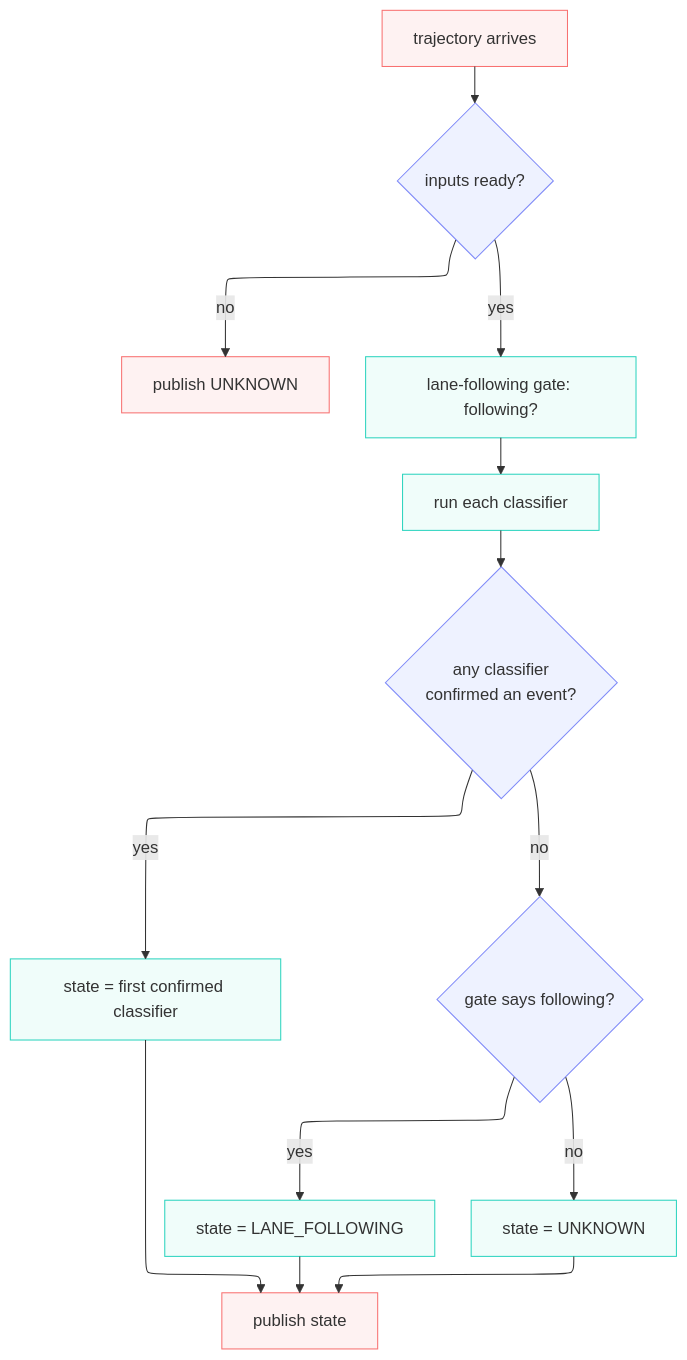
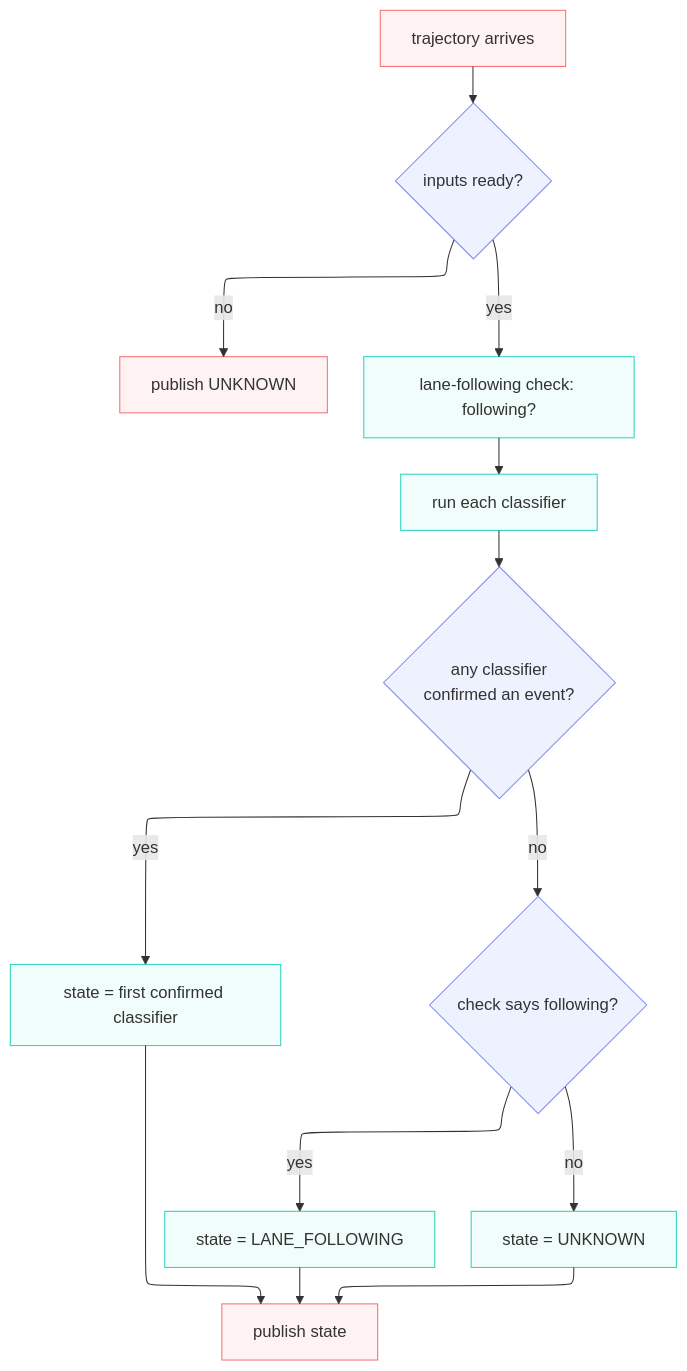
Before and after one commit to tier4/autoware_universe: the diagram in planning/autoware_lane_event_classifier/README.md, drawn with Mermaid. The commit also changed other lines of this file, not shown here.

````diff
--- a/planning/autoware_lane_event_classifier/README.md
+++ b/planning/autoware_lane_event_classifier/README.md
@@ -56,27 +62,27 @@
 ```mermaid
 ---
 config:
   layout: elk
 ---
 flowchart TD
     A[trajectory arrives] --> B{inputs ready?}
     B -->|no| U[publish UNKNOWN]
-    B -->|yes| E[lane-following gate: following?]
+    B -->|yes| E[lane-following check: following?]
     E --> F[run each classifier]
     F --> G{any classifier<br/>confirmed an event?}
     G -->|yes| H[state = first confirmed classifier]
-    G -->|no| I{gate says following?}
+    G -->|no| I{check says following?}
     I -->|yes| J[state = LANE_FOLLOWING]
     I -->|no| K[state = UNKNOWN]
     H --> P[publish state]
     J --> P
     K --> P
 
     classDef decision stroke:#818cf8,fill:#eef2ff
     classDef process stroke:#2dd4bf,fill:#f0fdfa
     classDef output stroke:#f87171,fill:#fef2f2
 
     class B,G,I decision
     class E,F,H,J,K process
     class A,U,P output
 ```
````
